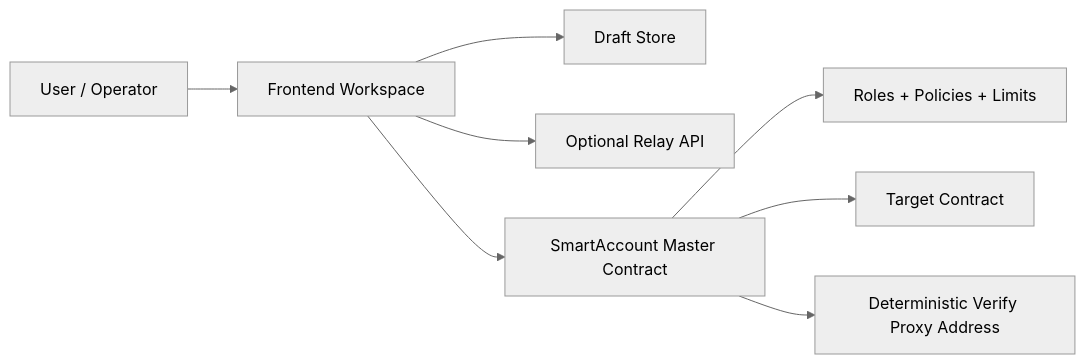
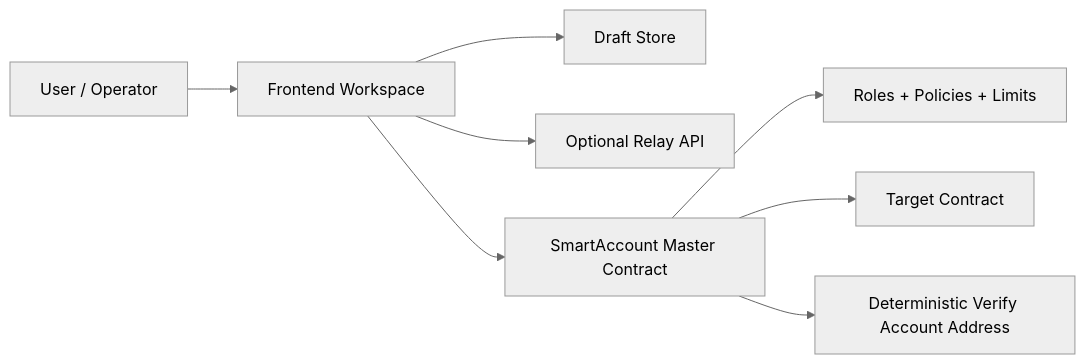
The first of 2 diagrams in frontend/src/assets/docs/guide.md (r3e-network/neo-os-aa), drawn with Mermaid (neutral theme) before and after one commit. The commit also changed other lines of this file and 148 other files, not shown here.

````diff
--- a/frontend/src/assets/docs/guide.md
+++ b/frontend/src/assets/docs/guide.md
@@ -24,10 +26,10 @@
 ```mermaid
 flowchart LR
   User[User / Operator] --> UI[Frontend Workspace]
   UI --> Drafts[Draft Store]
   UI --> Relay[Optional Relay API]
   UI --> Master[SmartAccount Master Contract]
   Master --> Policies[Roles + Policies + Limits]
   Master --> Target[Target Contract]
-  Master --> Proxy[Deterministic Verify Proxy Address]
+  Master --> Proxy[Deterministic Verify Account Address]
 ```
````
